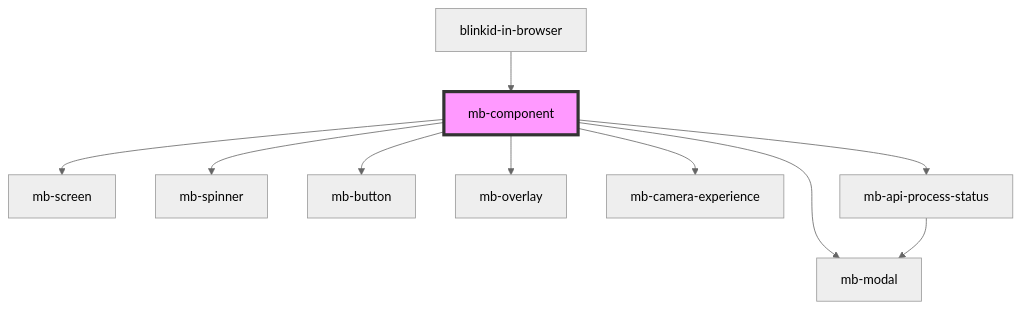
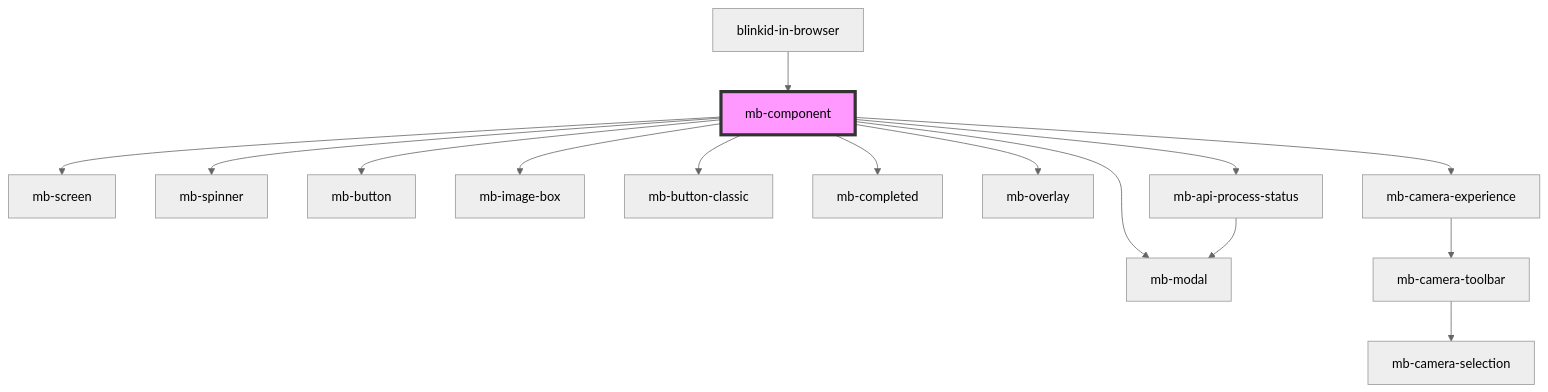
One commit to BlinkID/blinkid-in-browser changed the diagram in ui/docs/components/shared/mb-component/readme.md. Above: the diagram before and after it, drawn with Mermaid (neutral theme). The commit also changed other lines of this file and 116 other files, not shown here.

````diff
--- a/ui/docs/components/shared/mb-component/readme.md
+++ b/ui/docs/components/shared/mb-component/readme.md
@@ -87,13 +94,18 @@
 ```mermaid
 graph TD;
   mb-component --> mb-screen
   mb-component --> mb-spinner
   mb-component --> mb-button
+  mb-component --> mb-image-box
+  mb-component --> mb-button-classic
+  mb-component --> mb-completed
   mb-component --> mb-overlay
   mb-component --> mb-modal
   mb-component --> mb-camera-experience
   mb-component --> mb-api-process-status
+  mb-camera-experience --> mb-camera-toolbar
+  mb-camera-toolbar --> mb-camera-selection
   mb-api-process-status --> mb-modal
   blinkid-in-browser --> mb-component
   style mb-component fill:#f9f,stroke:#333,stroke-width:4px
 ```
````
